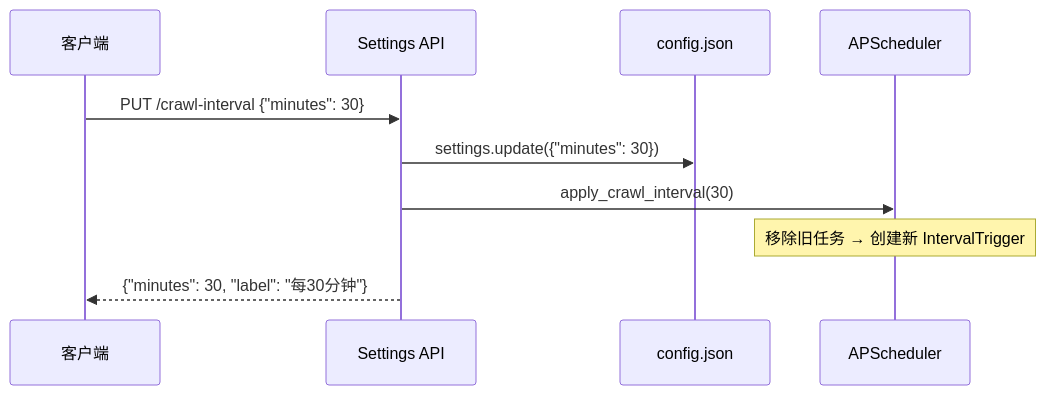
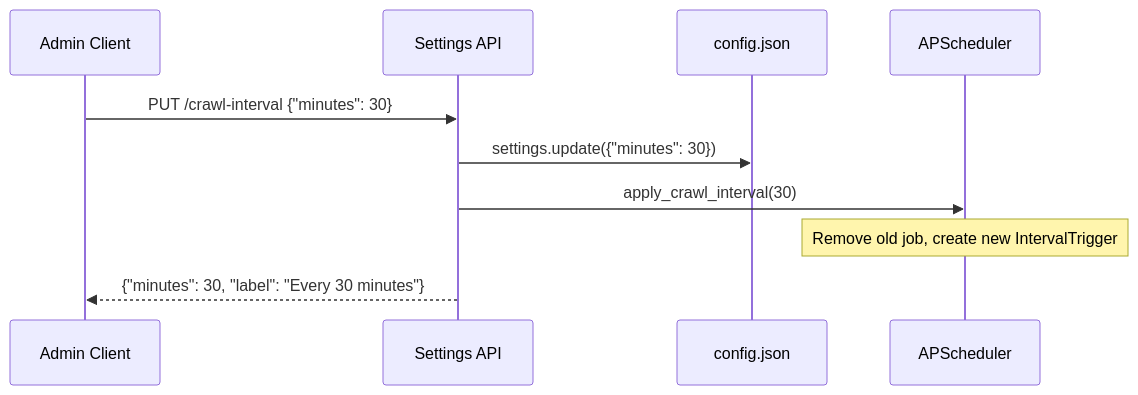
Before and after one commit to XUranus/dungeon: the first of 2 diagrams in docs/docs/api/settings.mdx, drawn with Mermaid. The commit also changed other lines of this file and 75 other files, not shown here.

````diff
--- a/docs/docs/api/settings.mdx
+++ b/docs/docs/api/settings.mdx
@@ -102,13 +175,13 @@
 ```mermaid
 sequenceDiagram
-    participant Client as 客户端
+    participant Client as Admin Client
     participant API as Settings API
     participant Config as config.json
     participant Scheduler as APScheduler
 
     Client->>API: PUT /crawl-interval {"minutes": 30}
     API->>Config: settings.update({"minutes": 30})
     API->>Scheduler: apply_crawl_interval(30)
-    Note over Scheduler: 移除旧任务 → 创建新 IntervalTrigger
-    API-->>Client: {"minutes": 30, "label": "每30分钟"}
+    Note over Scheduler: Remove old job, create new IntervalTrigger
+    API-->>Client: {"minutes": 30, "label": "Every 30 minutes"}
 ```
````
